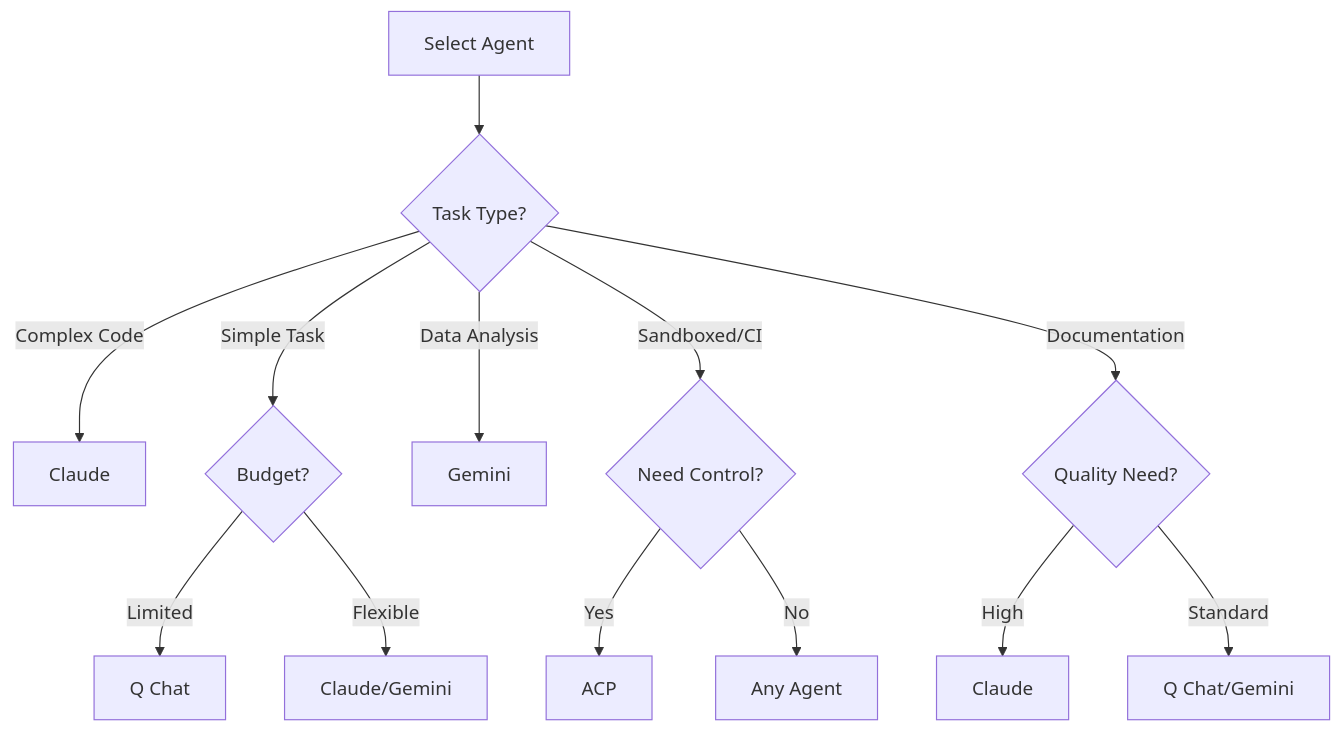
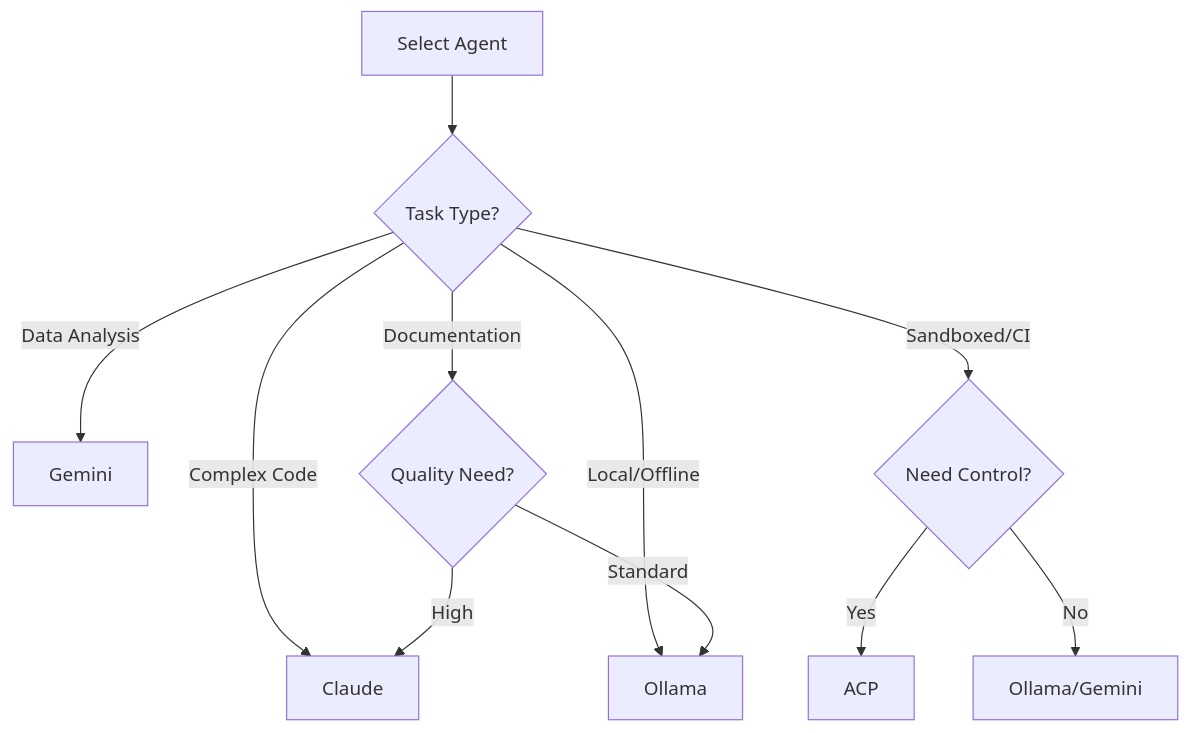
The diagram in docs/guide/agents.md (celaya-solutions/orchestrator), drawn with Mermaid before and after one commit. The commit also changed other lines of this file and 43 other files, not shown here.

````diff
--- a/docs/guide/agents.md
+++ b/docs/guide/agents.md
@@ -241,15 +226,13 @@
 ```mermaid
 graph TD
     A[Select Agent] --> B{Task Type?}
     B -->|Complex Code| C[Claude]
-    B -->|Simple Task| D{Budget?}
+    B -->|Local/Offline| D[Ollama]
     B -->|Data Analysis| E[Gemini]
     B -->|Sandboxed/CI| K{Need Control?}
-    D -->|Limited| F[Q Chat]
-    D -->|Flexible| G[Claude/Gemini]
     B -->|Documentation| H{Quality Need?}
-    H -->|High| I[Claude]
-    H -->|Standard| J[Q Chat/Gemini]
+    H -->|High| C
+    H -->|Standard| D
     K -->|Yes| L[ACP]
-    K -->|No| M[Any Agent]
+    K -->|No| M[Ollama/Gemini]
 ```
````
